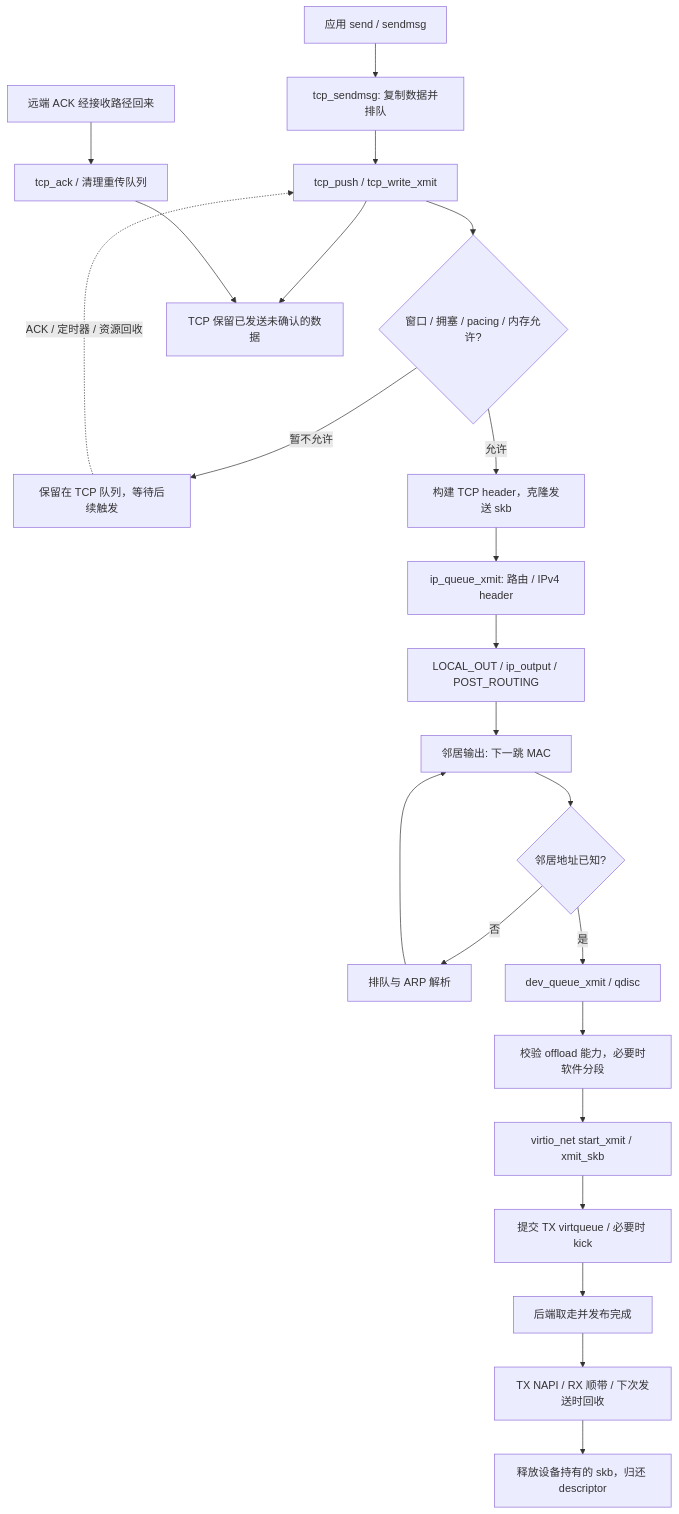
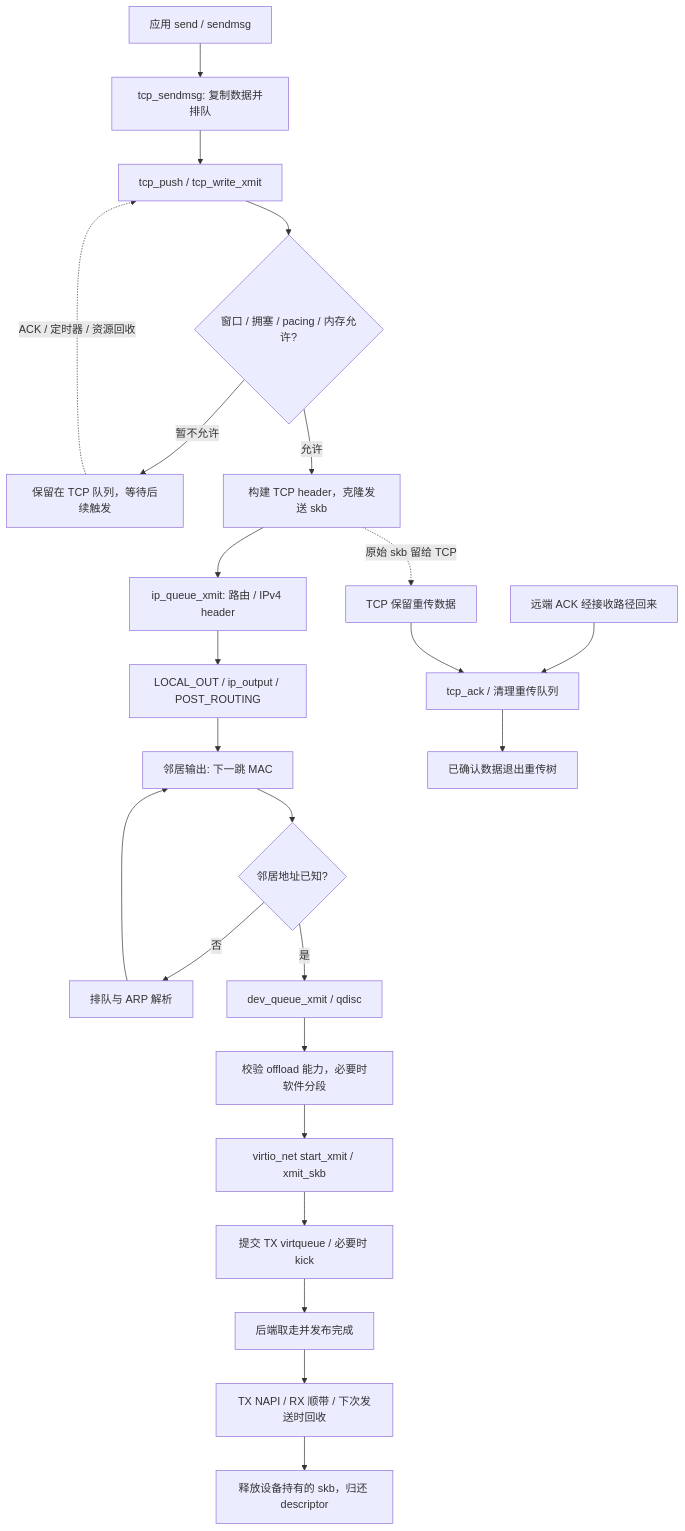
One commit to AngKernel/linux-learning changed the diagram in notes/02-datapath/rx-tx/02-transmit-path.md. Above: the diagram before and after it, drawn with Mermaid. The commit also changed 4 other files, not shown here.

````diff
--- a/notes/02-datapath/rx-tx/02-transmit-path.md
+++ b/notes/02-datapath/rx-tx/02-transmit-path.md
@@ -11,25 +11,26 @@
 ```mermaid
 flowchart TD
     A[应用 send / sendmsg] --> B[tcp_sendmsg: 复制数据并排队]
     B --> C[tcp_push / tcp_write_xmit]
     C --> D{窗口 / 拥塞 / pacing / 内存允许?}
     D -->|暂不允许| E[保留在 TCP 队列，等待后续触发]
     E -.ACK / 定时器 / 资源回收.-> C
     D -->|允许| F[构建 TCP header，克隆发送 skb]
     F --> G[ip_queue_xmit: 路由 / IPv4 header]
     G --> H[LOCAL_OUT / ip_output / POST_ROUTING]
     H --> I[邻居输出: 下一跳 MAC]
     I --> J{邻居地址已知?}
     J -->|否| K[排队与 ARP 解析]
     K --> I
     J -->|是| L[dev_queue_xmit / qdisc]
     L --> M[校验 offload 能力，必要时软件分段]
     M --> N[virtio_net start_xmit / xmit_skb]
     N --> O[提交 TX virtqueue / 必要时 kick]
     O --> P[后端取走并发布完成]
     P --> Q[TX NAPI / RX 顺带 / 下次发送时回收]
     Q --> R[释放设备持有的 skb，归还 descriptor]
-    C --> S[TCP 保留已发送未确认的数据]
+    F -.原始 skb 留给 TCP.-> S[TCP 保留重传数据]
     T[远端 ACK 经接收路径回来] --> U[tcp_ack / 清理重传队列]
-    U --> S
+    S --> U
+    U --> V[已确认数据退出重传树]
 ```
````
